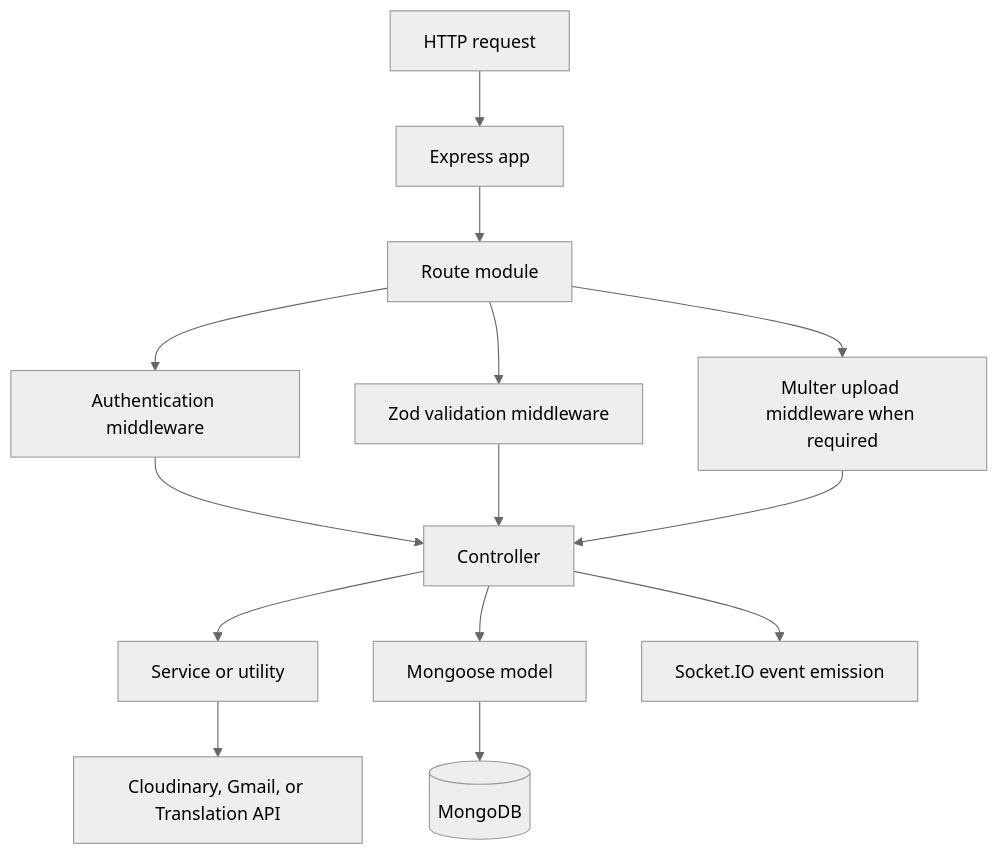
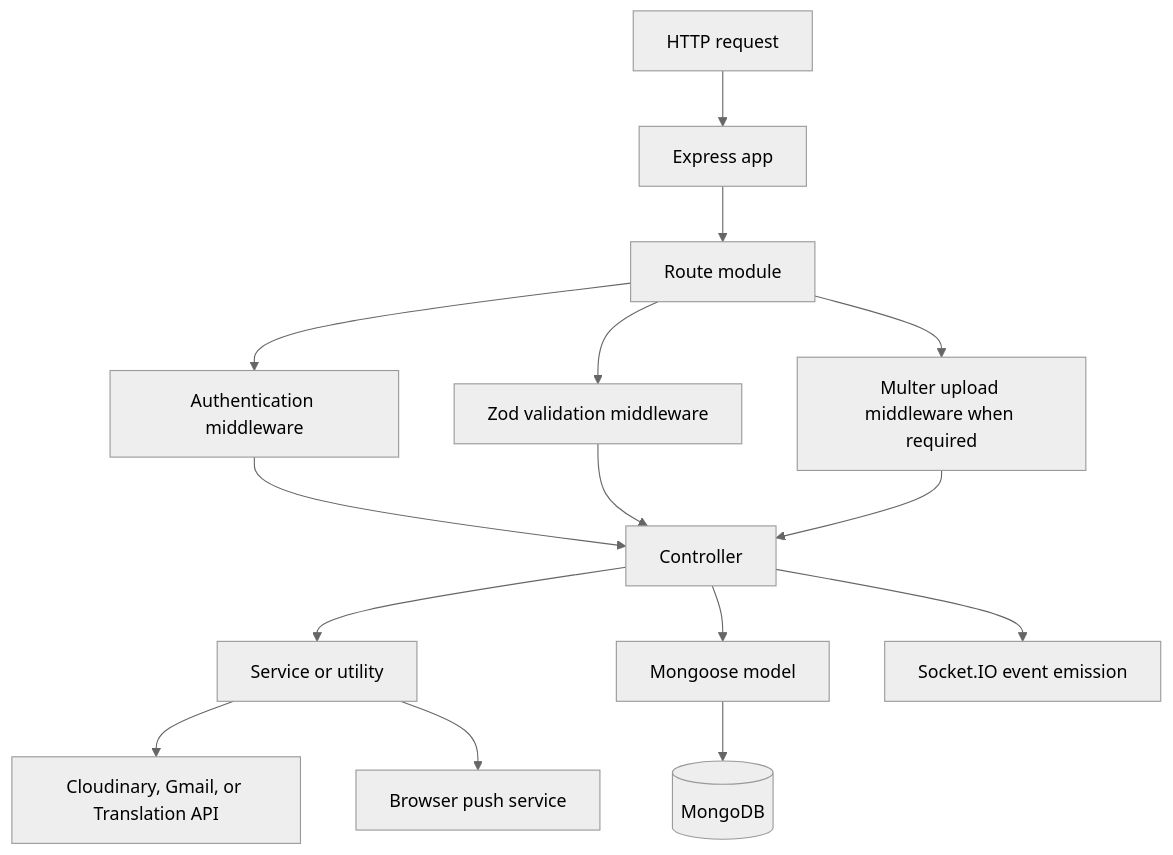
The third of 7 diagrams in docs/02-system-architecture.md (Saurav11343/click-chat), drawn with Mermaid (neutral theme) before and after one commit. The commit also changed other lines of this file and 15 other files, not shown here.

````diff
--- a/docs/02-system-architecture.md
+++ b/docs/02-system-architecture.md
@@ -77,16 +83,17 @@
 ```mermaid
 flowchart TD
     REQ["HTTP request"] --> APP["Express app"]
     APP --> ROUTE["Route module"]
     ROUTE --> AUTH["Authentication middleware"]
     ROUTE --> VAL["Zod validation middleware"]
     ROUTE --> UP["Multer upload middleware when required"]
     AUTH --> CTRL["Controller"]
     VAL --> CTRL
     UP --> CTRL
     CTRL --> SERVICE["Service or utility"]
     CTRL --> MODEL["Mongoose model"]
     SERVICE --> EXT["Cloudinary, Gmail, or Translation API"]
+    SERVICE --> PUSH["Browser push service"]
     MODEL --> DB[("MongoDB")]
     CTRL --> SOCKET["Socket.IO event emission"]
 ```
````
